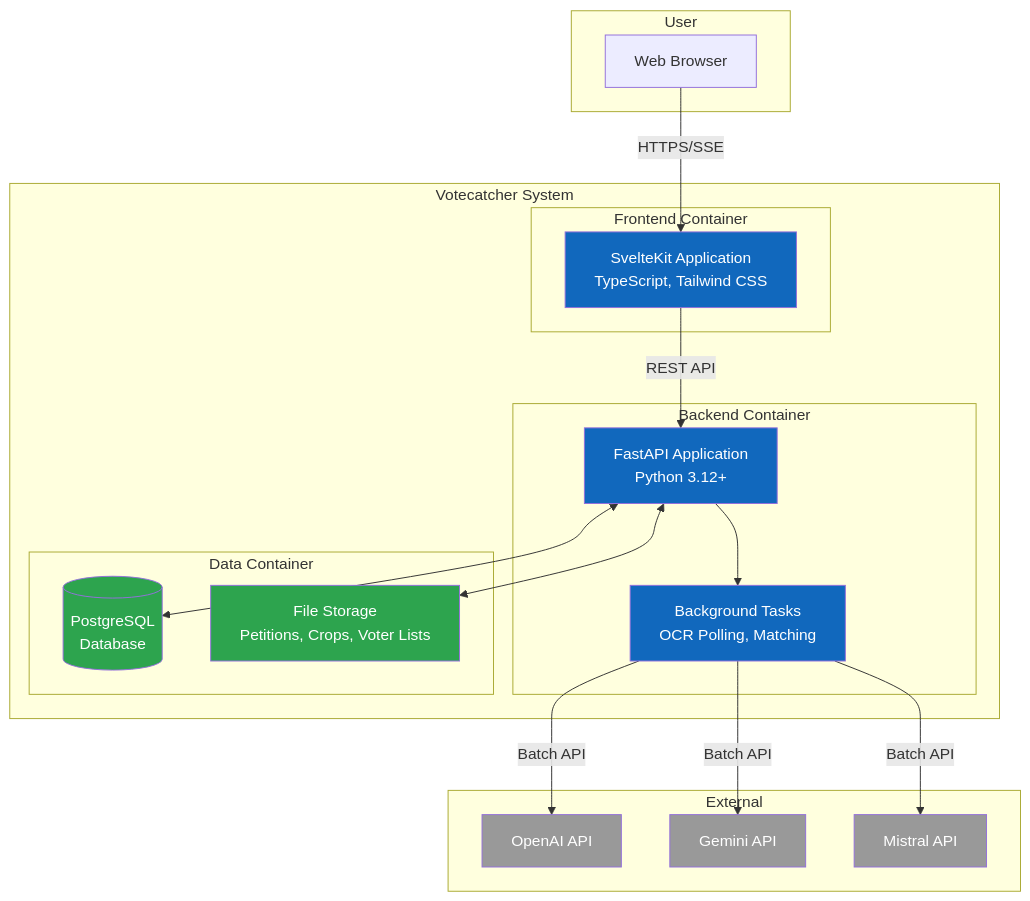
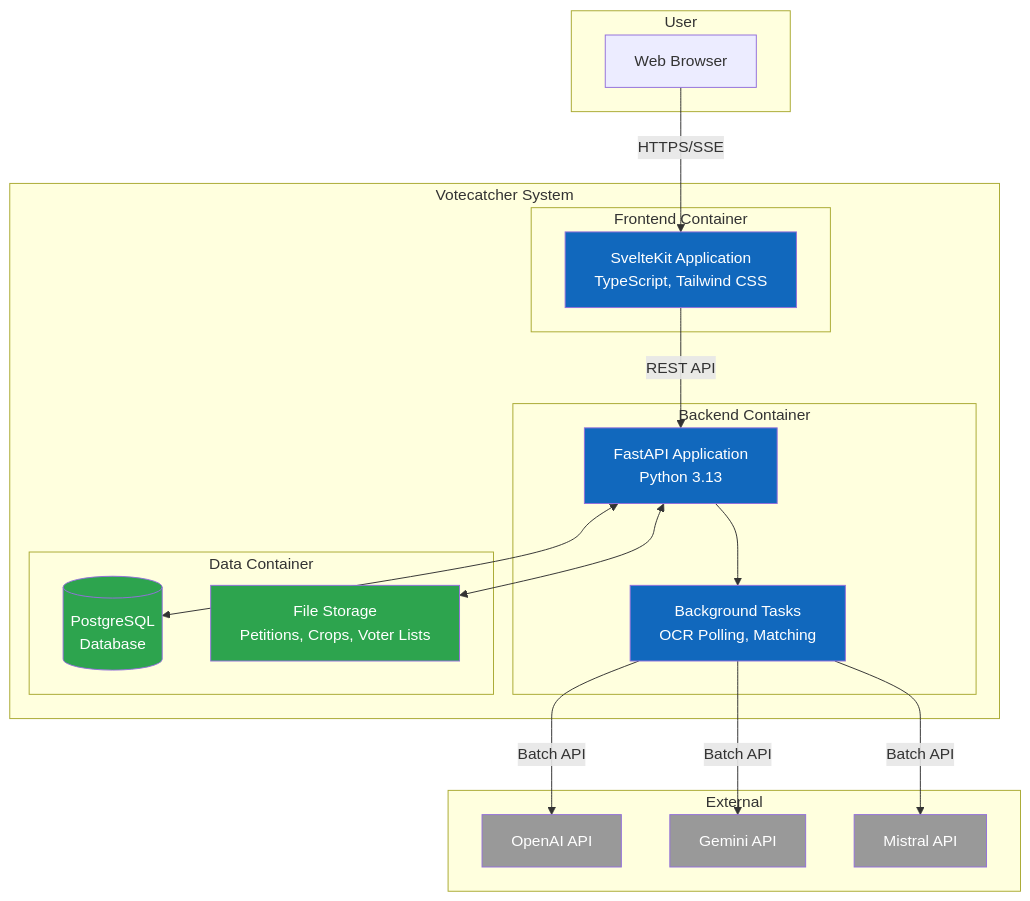
The diagram in docs/architecture/c4-containers.md (civictechdc/votecatcher), drawn with Mermaid before and after one commit. The commit also changed other lines of this file and 69 other files, not shown here.

````diff
--- a/docs/architecture/c4-containers.md
+++ b/docs/architecture/c4-containers.md
@@ -7,46 +7,46 @@
 ```mermaid
 graph TB
     subgraph User
         Browser[Web Browser]
     end
 
     subgraph Votecatcher System
         subgraph Frontend Container
             Svelte[SvelteKit Application<br/>TypeScript, Tailwind CSS]
         end
 
         subgraph Backend Container
-            FastAPI[FastAPI Application<br/>Python 3.12+]
+            FastAPI[FastAPI Application<br/>Python 3.13]
             BGTask[Background Tasks<br/>OCR Polling, Matching]
         end
 
         subgraph Data Container
             DB[(PostgreSQL<br/>Database)]
             FS[File Storage<br/>Petitions, Crops, Voter Lists]
         end
     end
 
     subgraph External
         OpenAI[OpenAI API]
         Gemini[Gemini API]
         Mistral[Mistral API]
     end
 
     Browser -->|HTTPS/SSE| Svelte
     Svelte -->|REST API| FastAPI
     FastAPI --> BGTask
     FastAPI <--> DB
     FastAPI <--> FS
     BGTask -->|Batch API| OpenAI
     BGTask -->|Batch API| Gemini
     BGTask -->|Batch API| Mistral
 
     style Svelte fill:#1168bd,color:#fff
     style FastAPI fill:#1168bd,color:#fff
     style BGTask fill:#1168bd,color:#fff
     style DB fill:#2da44e,color:#fff
     style FS fill:#2da44e,color:#fff
     style OpenAI fill:#999,color:#fff
     style Gemini fill:#999,color:#fff
     style Mistral fill:#999,color:#fff
 ```
````
